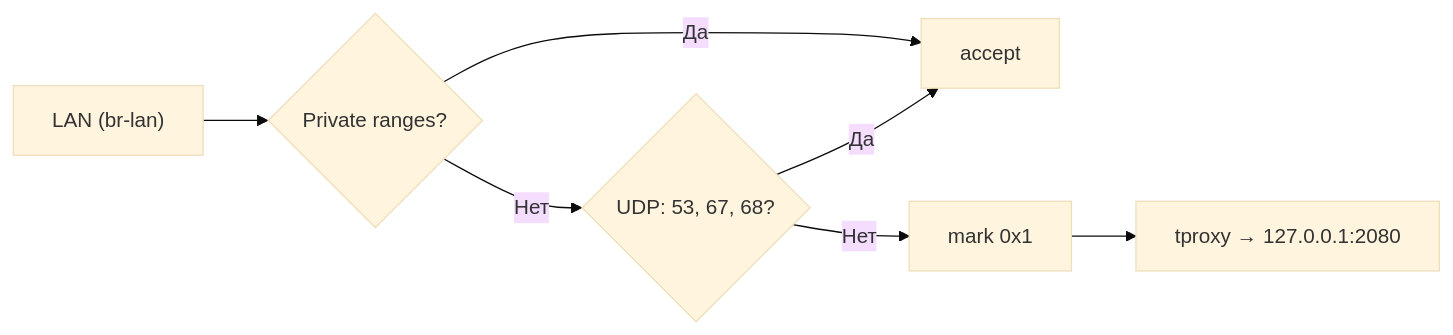
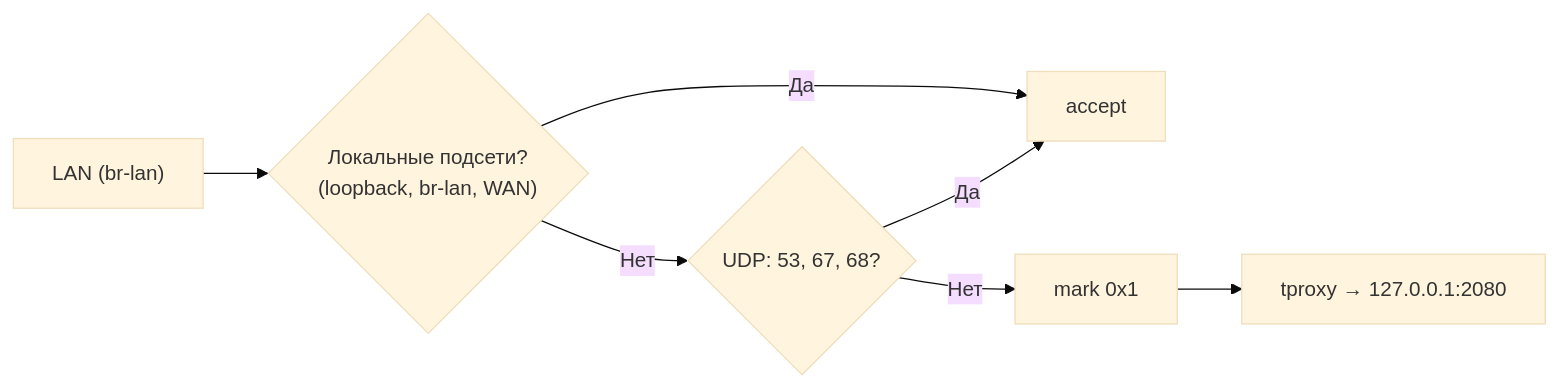
The third of 9 diagrams in ARCHITECTURE.md (vongostev/dial-up), drawn with Mermaid (base theme) before and after one commit. The commit also changed other lines of this file and 61 other files, not shown here.

````diff
--- a/ARCHITECTURE.md
+++ b/ARCHITECTURE.md
@@ -189,9 +195,9 @@
 ```mermaid
 graph LR
-    A["LAN (br-lan)"] --> B{"Private ranges?"}
+    A["LAN (br-lan)"] --> B{"Локальные подсети?<br/>(loopback, br-lan, WAN)"}
     B -->|Да| C["accept"]
     B -->|Нет| D{"UDP: 53, 67, 68?"}
     D -->|Да| C
     D -->|Нет| E["mark 0x1"]
     E --> F["tproxy → 127.0.0.1:2080"]
 ```
````
